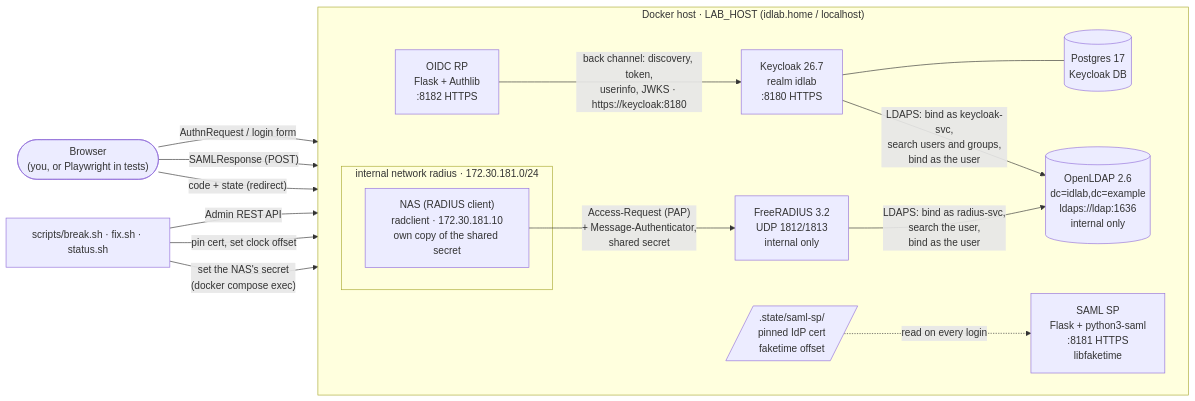
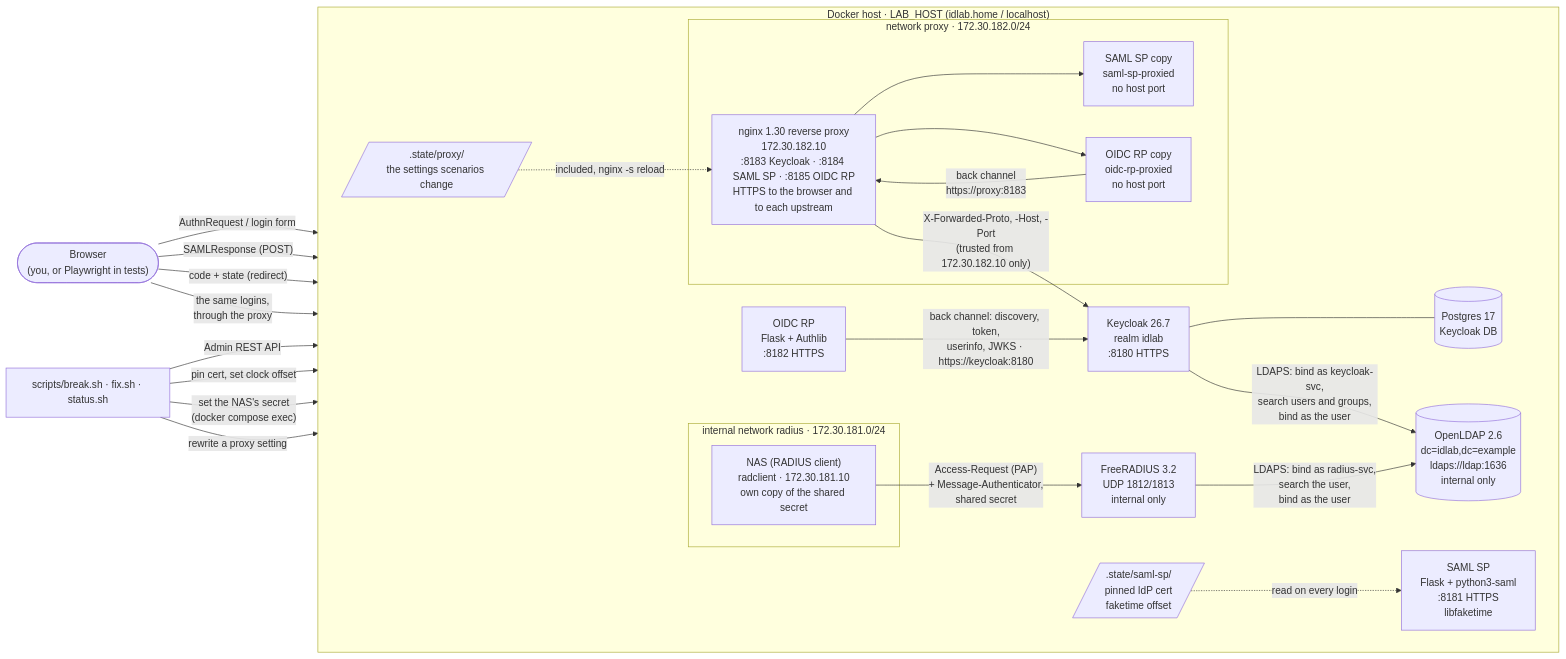
One commit to MarkHawk/identity-lab changed the diagram in README.md. Above: the diagram before and after it, drawn with Mermaid. The commit also changed other lines of this file, not shown here.

First line of the commit message:
README: the reverse proxy, its five scenarios and the upgrade

````diff
--- a/README.md
+++ b/README.md
@@ -20,31 +23,44 @@
 ```mermaid
 flowchart LR
     user(["Browser<br/>(you, or Playwright in tests)"])
 
     subgraph host["Docker host · LAB_HOST (idlab.home / localhost)"]
         direction LR
         kc["Keycloak 26.7<br/>realm idlab<br/>:8180 HTTPS"]
         pg[("Postgres 17<br/>Keycloak DB")]
         ldap[("OpenLDAP 2.6<br/>dc=idlab,dc=example<br/>ldaps://ldap:1636<br/>internal only")]
         sp["SAML SP<br/>Flask + python3-saml<br/>:8181 HTTPS<br/>libfaketime"]
         rp["OIDC RP<br/>Flask + Authlib<br/>:8182 HTTPS"]
+        subgraph proxynet["network proxy · 172.30.182.0/24"]
+            proxy["nginx 1.30 reverse proxy<br/>172.30.182.10<br/>:8183 Keycloak · :8184 SAML SP · :8185 OIDC RP<br/>HTTPS to the browser and to each upstream"]
+            spp["SAML SP copy<br/>saml-sp-proxied<br/>no host port"]
+            rpp["OIDC RP copy<br/>oidc-rp-proxied<br/>no host port"]
+        end
+        pstate[/".state/proxy/<br/>the settings scenarios change"/]
         pin[/".state/saml-sp/<br/>pinned IdP cert<br/>faketime offset"/]
         subgraph radnet["internal network radius · 172.30.181.0/24"]
             nas["NAS (RADIUS client)<br/>radclient · 172.30.181.10<br/>own copy of the shared secret"]
         end
         radius["FreeRADIUS 3.2<br/>UDP 1812/1813<br/>internal only"]
     end
 
     user -- "AuthnRequest / login form" --> kc
     user -- "SAMLResponse (POST)" --> sp
     user -- "code + state (redirect)" --> rp
     rp -- "back channel: discovery, token,<br/>userinfo, JWKS · https://keycloak:8180" --> kc
+    user -- "the same logins,<br/>through the proxy" --> proxy
+    proxy -- "X-Forwarded-Proto, -Host, -Port<br/>(trusted from 172.30.182.10 only)" --> kc
+    proxy --> spp
+    proxy --> rpp
+    rpp -- "back channel<br/>https://proxy:8183" --> proxy
+    pstate -. "included, nginx -s reload" .-> proxy
     kc --- pg
     kc -- "LDAPS: bind as keycloak-svc,<br/>search users and groups,<br/>bind as the user" --> ldap
     pin -. "read on every login" .-> sp
     nas -- "Access-Request (PAP)<br/>+ Message-Authenticator,<br/>shared secret" --> radius
     radius -- "LDAPS: bind as radius-svc,<br/>search the user,<br/>bind as the user" --> ldap
     scripts["scripts/break.sh · fix.sh · status.sh"] -- "Admin REST API" --> kc
     scripts -- "pin cert, set clock offset" --> pin
     scripts -- "set the NAS's secret<br/>(docker compose exec)" --> nas
+    scripts -- "rewrite a proxy setting" --> pstate
 ```
````
